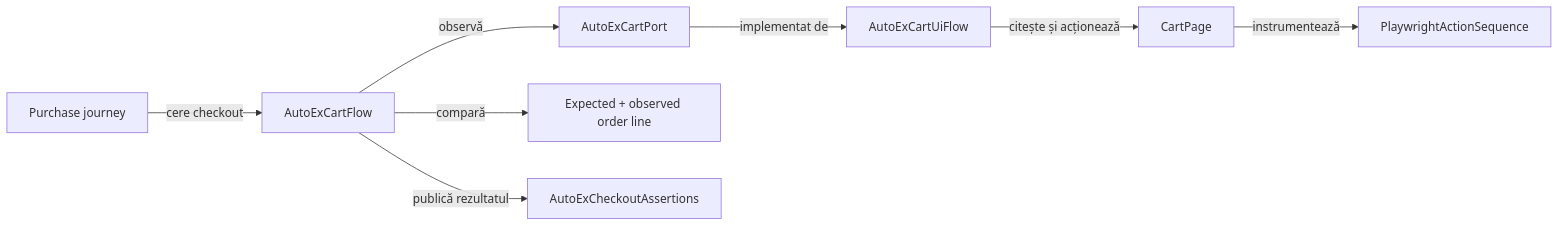
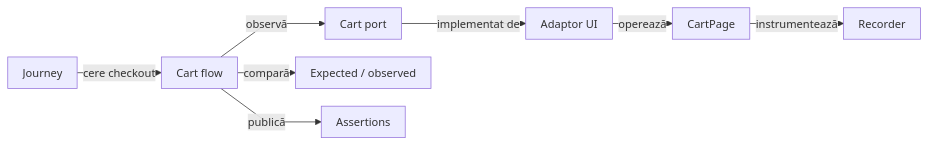
One commit to crististefanita/atf_j0 changed the second of 9 diagrams in atf-test-auto-ex/README.md. Above: the diagram before and after it, drawn with Mermaid. The commit also changed other lines of this file and 97 other files, not shown here.

````diff
--- a/atf-test-auto-ex/README.md
+++ b/atf-test-auto-ex/README.md
@@ -176,10 +197,11 @@
 ```mermaid
+%%{init: {"themeVariables":{"fontSize":"15px"},"themeCSS":".nodeLabel, .nodeLabel p { font-size: 15px !important; line-height: 1.35 !important; } .edgeLabel, .edgeLabel p { font-size: 12px !important; font-weight: 400 !important; line-height: 1.2 !important; } .edgeLabel .labelBkg, .edgeLabel p { background: transparent !important; } .edgeLabel foreignObject { transform: translateY(-28px); overflow: visible; } .node rect { rx: 6px; ry: 6px; }","flowchart":{"curve":"linear","nodeSpacing":24,"rankSpacing":16,"padding":10,"diagramPadding":24}}}%%
 flowchart LR
-    Journey[Purchase journey] -->|cere checkout| Business[AutoExCartFlow]
-    Business -->|observă| Port[AutoExCartPort]
-    Port -->|implementat de| UI[AutoExCartUiFlow]
-    UI -->|citește și acționează| Page[CartPage]
-    Page -->|instrumentează| Recorder[PlaywrightActionSequence]
-    Business -->|compară| Snapshot[Expected + observed order line]
-    Business -->|publică rezultatul| Adapter[AutoExCheckoutAssertions]
+    Journey["Journey"] -->|cere checkout| Business["Cart flow"]
+    Business -->|observă| Port["Cart port"]
+    Port -->|implementat de| UI["Adaptor UI"]
+    UI -->|operează| Page["CartPage"]
+    Page -->|instrumentează| Recorder["Recorder"]
+    Business -->|compară| Snapshot["Expected / observed"]
+    Business -->|publică| Adapter["Assertions"]
 ```
````
